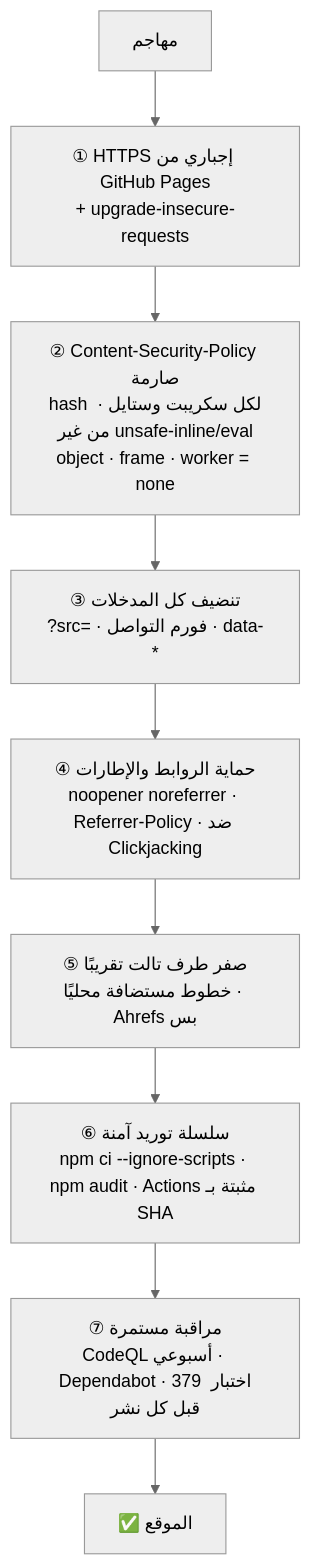
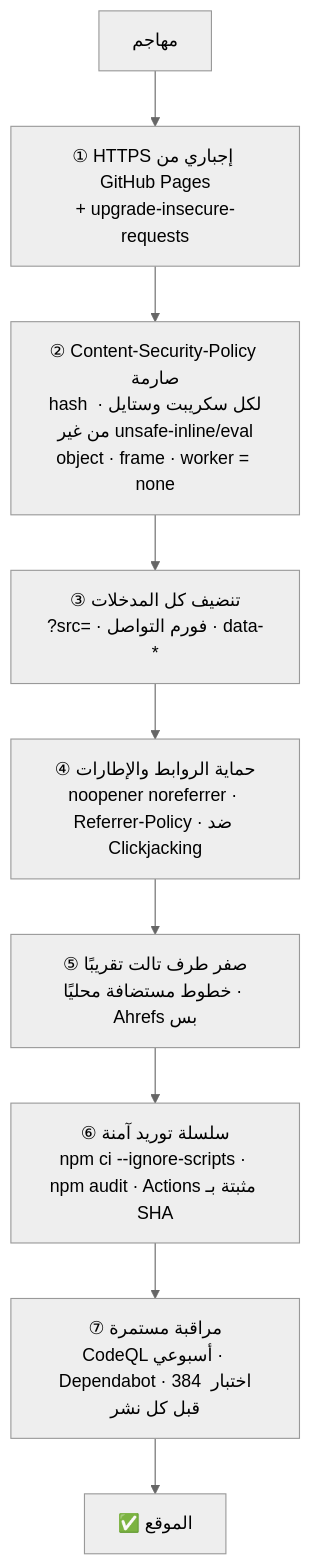
Before and after one commit to atad-tech/atad-tech.github.io: the second of 2 diagrams in docs/SECURITY-MODEL.md, drawn with Mermaid (neutral theme). The commit also changed 12 other files, not shown here.

````diff
--- a/docs/SECURITY-MODEL.md
+++ b/docs/SECURITY-MODEL.md
@@ -38,11 +38,11 @@
 ```mermaid
 flowchart TD
     A["مهاجم"] --> L1
     L1["① HTTPS إجباري من GitHub Pages<br/>+ upgrade-insecure-requests"] --> L2
     L2["② Content-Security-Policy صارمة<br/>hash لكل سكريبت وستايل · من غير unsafe-inline/eval<br/>object · frame · worker = none"] --> L3
     L3["③ تنضيف كل المدخلات<br/>?src= · فورم التواصل · data-*"] --> L4
     L4["④ حماية الروابط والإطارات<br/>noopener noreferrer · Referrer-Policy · ضد Clickjacking"] --> L5
     L5["⑤ صفر طرف تالت تقريبًا<br/>خطوط مستضافة محليًا · Ahrefs بس"] --> L6
     L6["⑥ سلسلة توريد آمنة<br/>npm ci --ignore-scripts · npm audit · Actions مثبتة بـ SHA"] --> L7
-    L7["⑦ مراقبة مستمرة<br/>CodeQL أسبوعي · Dependabot · 379 اختبار قبل كل نشر"] --> OK["✅ الموقع"]
+    L7["⑦ مراقبة مستمرة<br/>CodeQL أسبوعي · Dependabot · 384 اختبار قبل كل نشر"] --> OK["✅ الموقع"]
 ```
````
